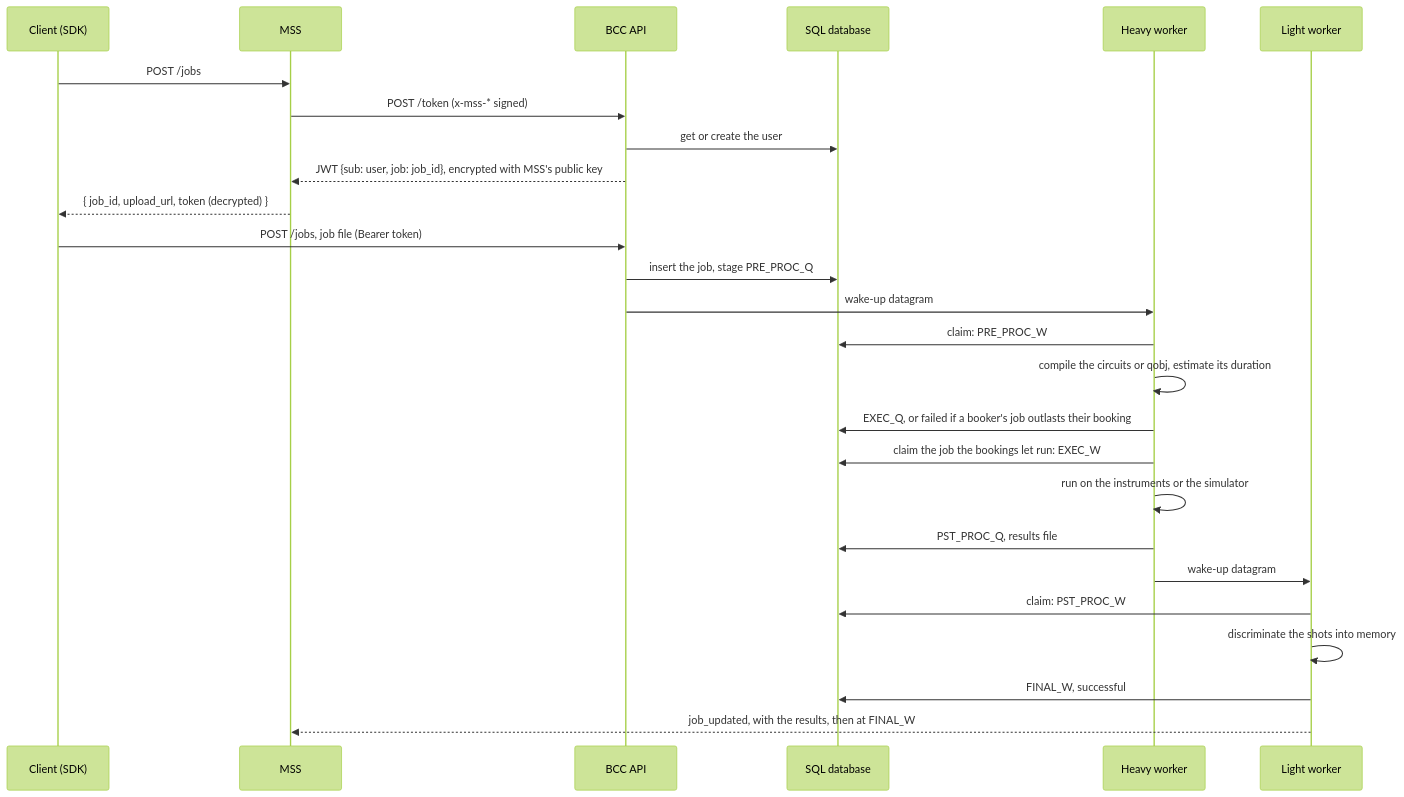
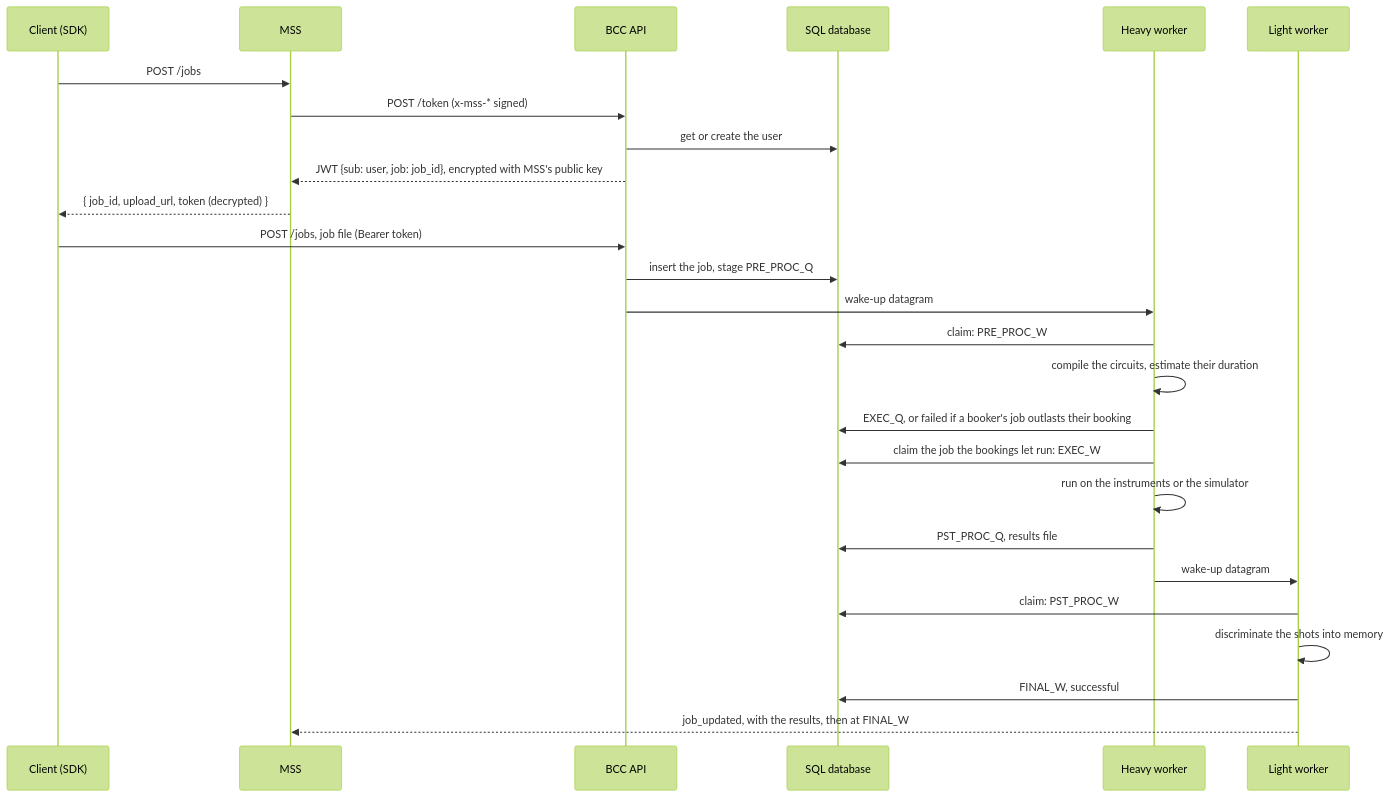
One commit to tergite/tergite-backend changed the second of 9 diagrams in DESIGN.md. Above: the diagram before and after it, drawn with Mermaid (forest theme). The commit also changed other lines of this file and 45 other files, not shown here.

````diff
--- a/DESIGN.md
+++ b/DESIGN.md
@@ -90,29 +90,29 @@
 ```mermaid
 sequenceDiagram
     participant C as Client (SDK)
     participant M as MSS
     participant A as BCC API
     participant D as SQL database
     participant H as Heavy worker
     participant L as Light worker
 
     C->>M: POST /jobs
     M->>A: POST /token (x-mss-* signed)
     A->>D: get or create the user
     A-->>M: JWT {sub: user, job: job_id}, encrypted with MSS's public key
     M-->>C: { job_id, upload_url, token (decrypted) }
     C->>A: POST /jobs, job file (Bearer token)
     A->>D: insert the job, stage PRE_PROC_Q
     A->>H: wake-up datagram
     H->>D: claim: PRE_PROC_W
-    H->>H: compile the circuits or qobj, estimate its duration
+    H->>H: compile the circuits, estimate their duration
     H->>D: EXEC_Q, or failed if a booker's job outlasts their booking
     H->>D: claim the job the bookings let run: EXEC_W
     H->>H: run on the instruments or the simulator
     H->>D: PST_PROC_Q, results file
     H->>L: wake-up datagram
     L->>D: claim: PST_PROC_W
     L->>L: discriminate the shots into memory
     L->>D: FINAL_W, successful
     L-->>M: job_updated, with the results, then at FINAL_W
 ```
````
